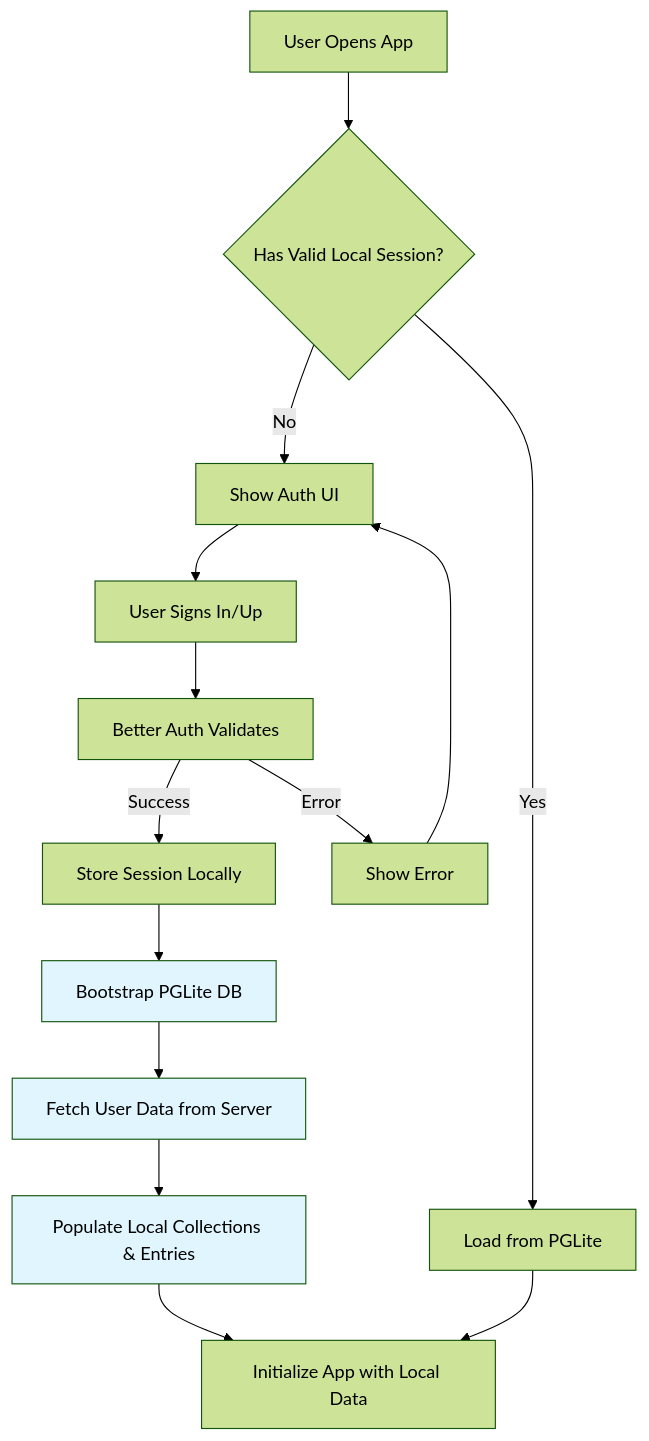
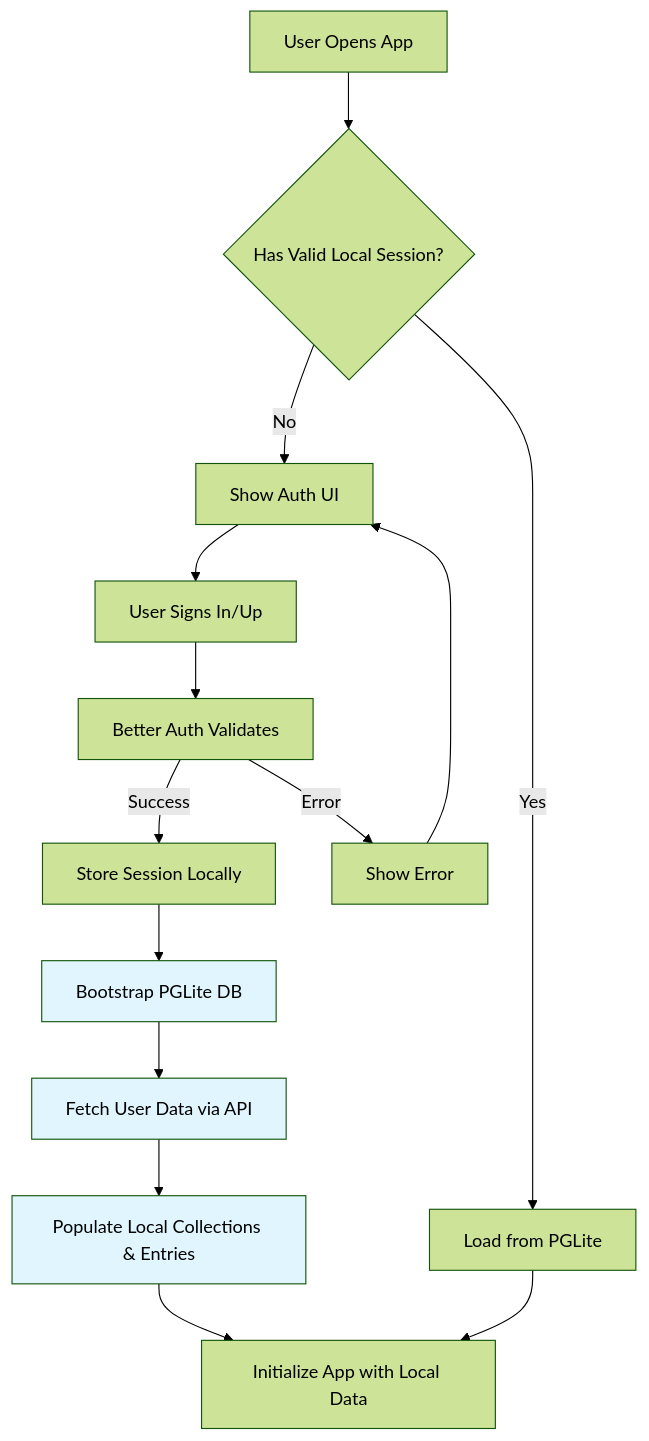
One commit to Mats-Dodd/odyssey changed the diagram in specs/auth-plan.md. Above: the diagram before and after it, drawn with Mermaid (forest theme). The commit also changed other lines of this file and 3 other files, not shown here.

````diff
--- a/specs/auth-plan.md
+++ b/specs/auth-plan.md
@@ -86,20 +89,20 @@
 ```mermaid
 graph TD
     A[User Opens App] --> B{Has Valid Local Session?}
     B -->|Yes| C[Load from PGLite]
     B -->|No| D[Show Auth UI]
     D --> E[User Signs In/Up]
     E --> F[Better Auth Validates]
     F -->|Success| G[Store Session Locally]
     F -->|Error| H[Show Error]
     G --> I[Bootstrap PGLite DB]
-    I --> J[Fetch User Data from Server]
+    I --> J[Fetch User Data via API]
     J --> K[Populate Local Collections & Entries]
     K --> L[Initialize App with Local Data]
     C --> L
     H --> D
     
     style I fill:#e1f5fe
     style J fill:#e1f5fe
     style K fill:#e1f5fe
 ```
````
